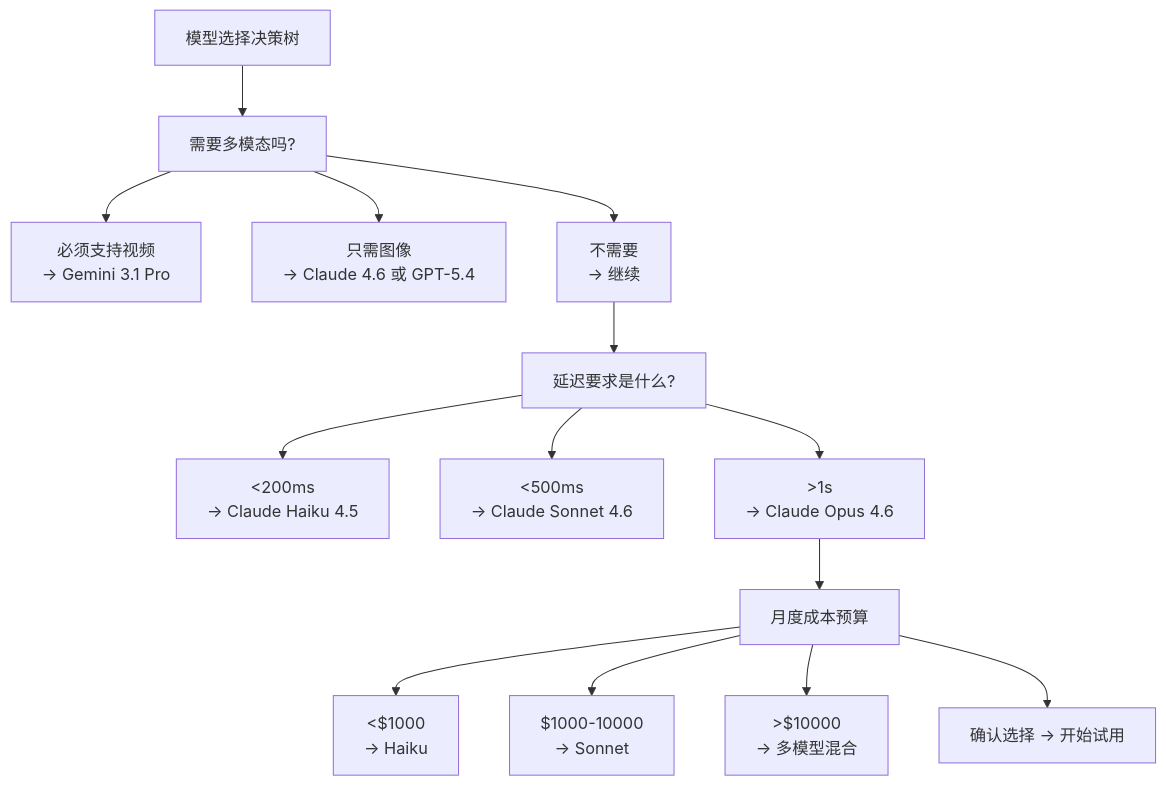
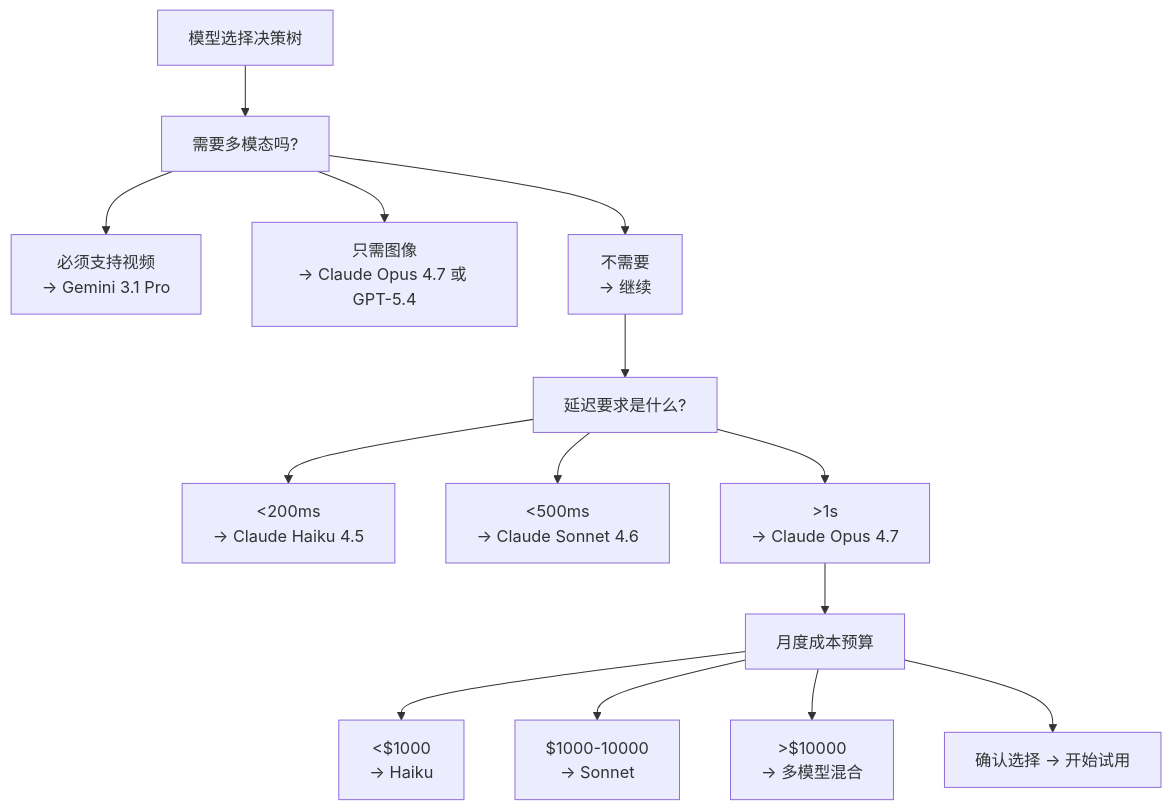
The first of 3 diagrams in 12_appendix/12.6_model_comparison.md (yeasy/claude_guide), drawn with Mermaid before and after one commit. The commit also changed other lines of this file and 1 other file, not shown here.

Commit message:
Update model comparison and routing to Opus 4.7

````diff
--- a/12_appendix/12.6_model_comparison.md
+++ b/12_appendix/12.6_model_comparison.md
@@ -541,34 +545,34 @@
 ```mermaid
 graph TD
     A["模型选择决策树"]
     B["需要多模态吗?"]
     B1["必须支持视频<br/>→ Gemini 3.1 Pro"]
-    B2["只需图像<br/>→ Claude 4.6 或 GPT-5.4"]
+    B2["只需图像<br/>→ Claude Opus 4.7 或 GPT-5.4"]
     B3["不需要<br/>→ 继续"]
 
     C["延迟要求是什么?"]
     C1["<200ms<br/>→ Claude Haiku 4.5"]
     C2["<500ms<br/>→ Claude Sonnet 4.6"]
-    C3[">1s<br/>→ Claude Opus 4.6"]
+    C3[">1s<br/>→ Claude Opus 4.7"]
 
     D["月度成本预算"]
     D1["<$1000<br/>→ Haiku"]
     D2["$1000-10000<br/>→ Sonnet"]
     D3[">$10000<br/>→ 多模型混合"]
 
     E["确认选择 → 开始试用"]
 
     A --> B
     B --> B1
     B --> B2
     B --> B3
     B3 --> C
     C --> C1
     C --> C2
     C --> C3
     C3 --> D
     D --> D1
     D --> D2
     D --> D3
     D --> E
 ```
````
